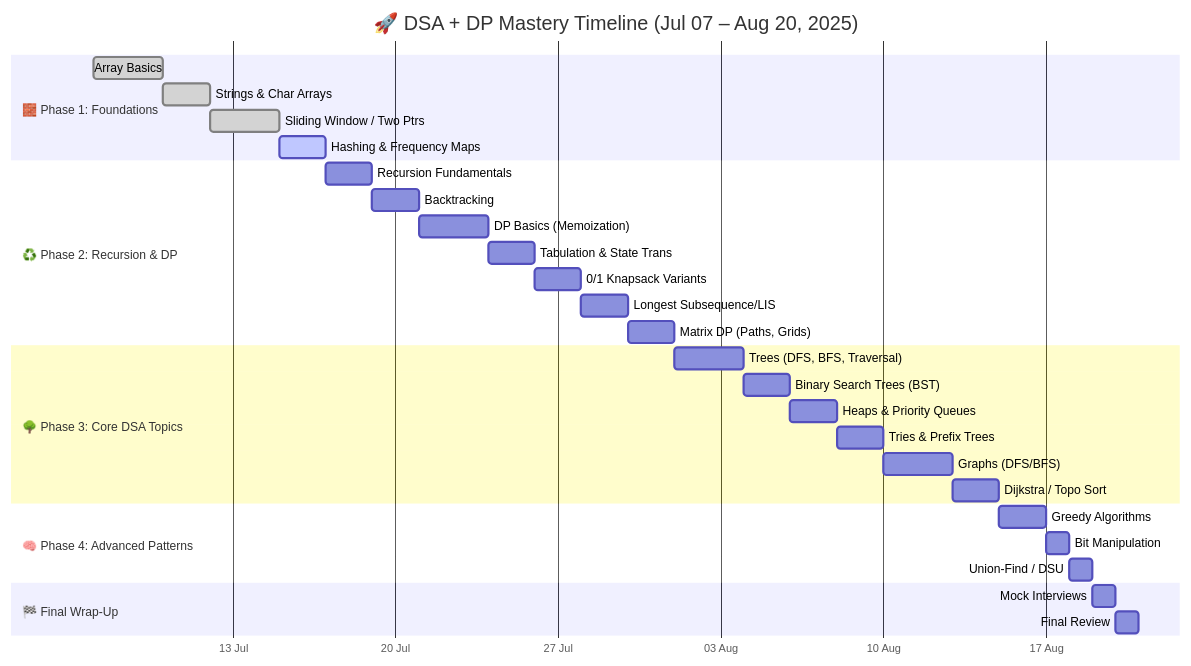
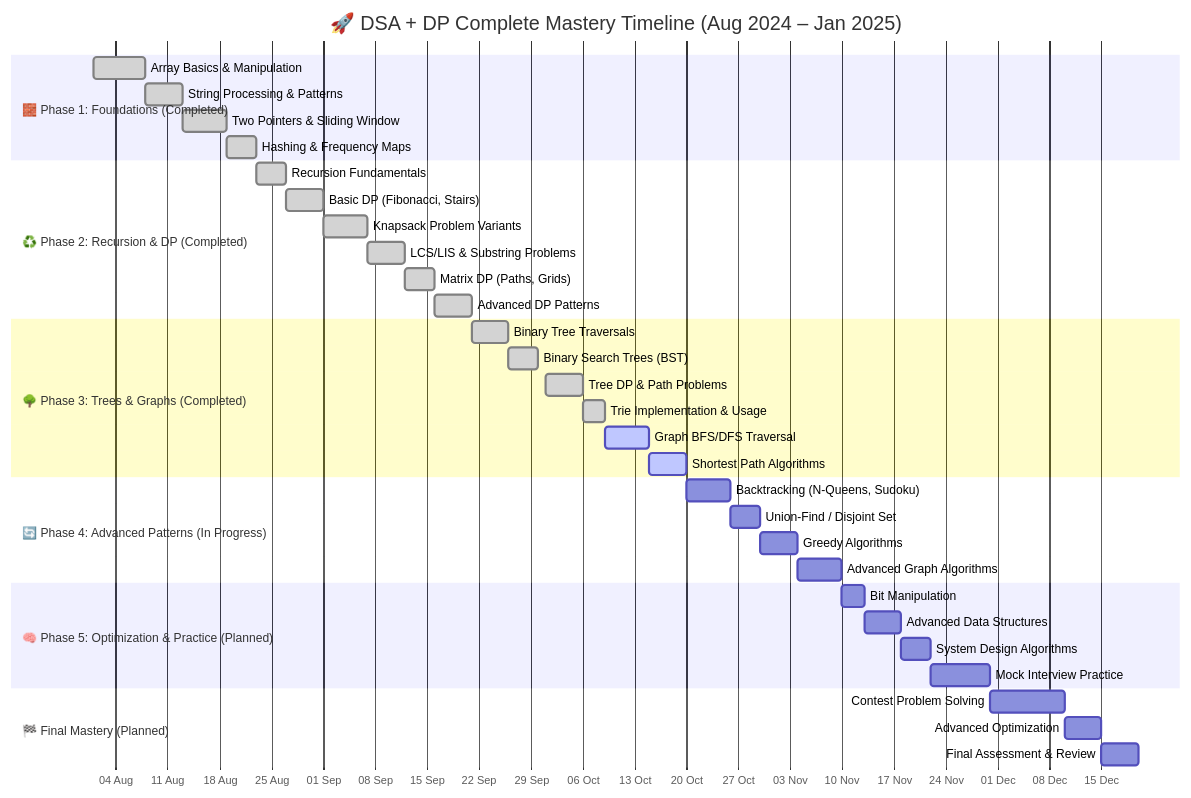
One commit to yogeshwankhede007/dsa-dp-practice-java changed the first of 2 diagrams in README.md. Above: the diagram before and after it, drawn with Mermaid. The commit also changed other lines of this file, not shown here.

````diff
--- a/README.md
+++ b/README.md
@@ -144,38 +95,45 @@
 ```mermaid
 gantt
-    title 🚀 DSA + DP Mastery Timeline (Jul 07 – Aug 20, 2025)
+    title 🚀 DSA + DP Complete Mastery Timeline (Aug 2024 – Jan 2025)
     dateFormat  YYYY-MM-DD
     axisFormat  %d %b
 
-    section 🧱 Phase 1: Foundations
-    Array Basics              :done,     a1, 2025-07-07, 3d
-    Strings & Char Arrays     :done,     a2, 2025-07-10, 2d
-    Sliding Window / Two Ptrs :done,     a3, 2025-07-12, 3d
-    Hashing & Frequency Maps  :active,   a4, 2025-07-15, 2d
+    section 🧱 Phase 1: Foundations (Completed)
+    Array Basics & Manipulation    :done,     a1, 2024-08-01, 7d
+    String Processing & Patterns   :done,     a2, 2024-08-08, 5d
+    Two Pointers & Sliding Window  :done,     a3, 2024-08-13, 6d
+    Hashing & Frequency Maps       :done,     a4, 2024-08-19, 4d
 
-    section ♻️ Phase 2: Recursion & DP
-    Recursion Fundamentals    :          b1, 2025-07-17, 2d
-    Backtracking              :          b2, 2025-07-19, 2d
-    DP Basics (Memoization)   :          b3, 2025-07-21, 3d
-    Tabulation & State Trans  :          b4, 2025-07-24, 2d
-    0/1 Knapsack Variants     :          b5, 2025-07-26, 2d
-    Longest Subsequence/LIS   :          b6, 2025-07-28, 2d
-    Matrix DP (Paths, Grids)  :          b7, 2025-07-30, 2d
+    section ♻️ Phase 2: Recursion & DP (Completed)
+    Recursion Fundamentals         :done,     b1, 2024-08-23, 4d
+    Basic DP (Fibonacci, Stairs)   :done,     b2, 2024-08-27, 5d
+    Knapsack Problem Variants      :done,     b3, 2024-09-01, 6d
+    LCS/LIS & Substring Problems   :done,     b4, 2024-09-07, 5d
+    Matrix DP (Paths, Grids)       :done,     b5, 2024-09-12, 4d
+    Advanced DP Patterns           :done,     b6, 2024-09-16, 5d
 
-    section 🌳 Phase 3: Core DSA Topics
-    Trees (DFS, BFS, Traversal):         c1, 2025-08-01, 3d
-    Binary Search Trees (BST) :          c2, 2025-08-04, 2d
-    Heaps & Priority Queues   :          c3, 2025-08-06, 2d
-    Tries & Prefix Trees      :          c4, 2025-08-08, 2d
-    Graphs (DFS/BFS)          :          c5, 2025-08-10, 3d
-    Dijkstra / Topo Sort      :          c6, 2025-08-13, 2d
+    section 🌳 Phase 3: Trees & Graphs (Completed)
+    Binary Tree Traversals         :done,     c1, 2024-09-21, 5d
+    Binary Search Trees (BST)      :done,     c2, 2024-09-26, 4d
+    Tree DP & Path Problems        :done,     c3, 2024-10-01, 5d
+    Trie Implementation & Usage    :done,     c4, 2024-10-06, 3d
+    Graph BFS/DFS Traversal        :active,   c5, 2024-10-09, 6d
+    Shortest Path Algorithms       :active,   c6, 2024-10-15, 5d
 
-    section 🧠 Phase 4: Advanced Patterns
-    Greedy Algorithms         :          d1, 2025-08-15, 2d
-    Bit Manipulation          :          d2, 2025-08-17, 1d
-    Union-Find / DSU          :          d3, 2025-08-18, 1d
+    section 🔄 Phase 4: Advanced Patterns (In Progress)
+    Backtracking (N-Queens, Sudoku):         d1, 2024-10-20, 6d
+    Union-Find / Disjoint Set      :         d2, 2024-10-26, 4d
+    Greedy Algorithms              :         d3, 2024-10-30, 5d
+    Advanced Graph Algorithms      :         d4, 2024-11-04, 6d
 
-    section 🏁 Final Wrap-Up
-    Mock Interviews           :          e1, 2025-08-19, 1d
-    Final Review              :          e2, 2025-08-20, 1d
+    section 🧠 Phase 5: Optimization & Practice (Planned)
+    Bit Manipulation               :         e1, 2024-11-10, 3d
+    Advanced Data Structures       :         e2, 2024-11-13, 5d
+    System Design Algorithms       :         e3, 2024-11-18, 4d
+    Mock Interview Practice        :         e4, 2024-11-22, 8d
+
+    section 🏁 Final Mastery (Planned)
+    Contest Problem Solving        :         f1, 2024-11-30, 10d
+    Advanced Optimization          :         f2, 2024-12-10, 5d
+    Final Assessment & Review      :         f3, 2024-12-15, 5d
 ```
````
